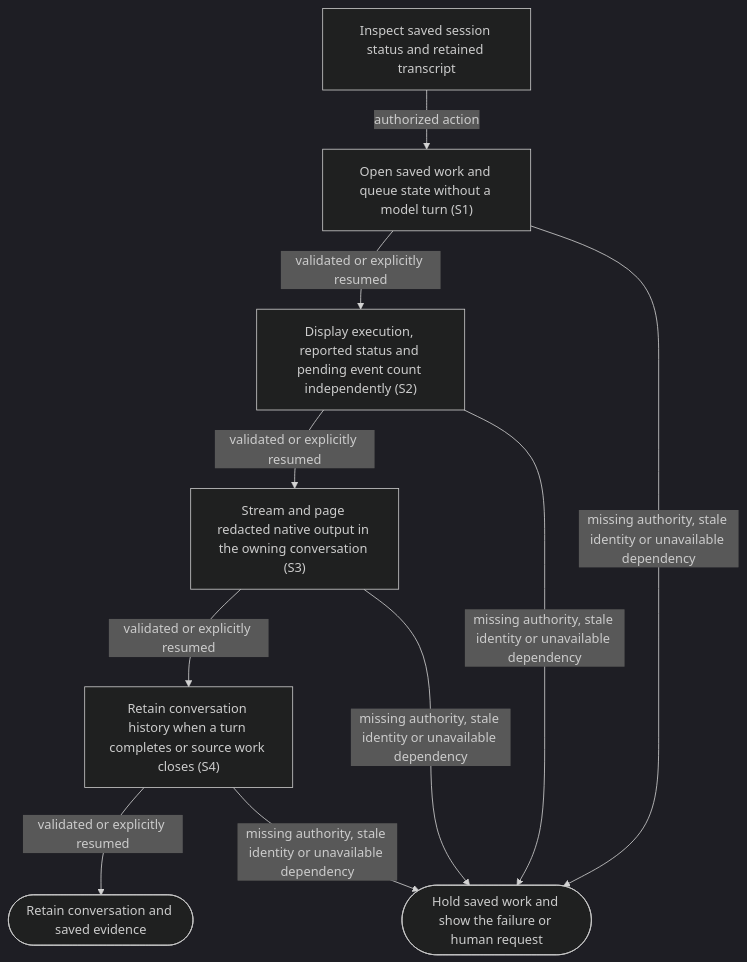
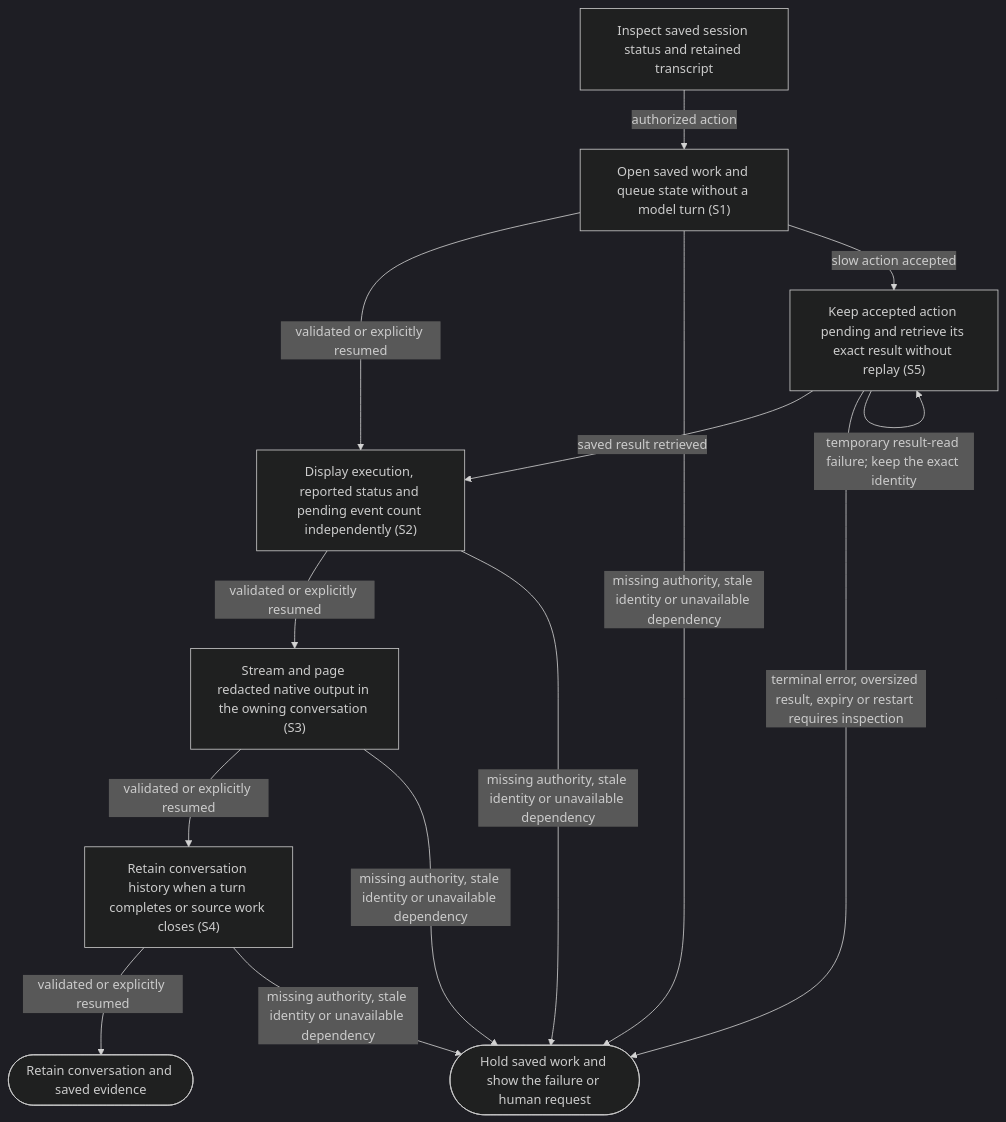
The diagram in docs/user-flows/view-live-work.md (dk-code-factory/code-factory-plugin), drawn with Mermaid (dark theme) before and after one commit. The commit also changed other lines of this file and 77 other files, not shown here.

````diff
--- a/docs/user-flows/view-live-work.md
+++ b/docs/user-flows/view-live-work.md
@@ -49,19 +59,24 @@
 ```mermaid
 flowchart TD
     N0["Inspect saved session status and retained transcript"]
     N1["Open saved work and queue state without a model turn #40;S1#41;"]
     N2["Display execution, reported status and pending event count independently #40;S2#41;"]
     N3["Stream and page redacted native output in the owning conversation #40;S3#41;"]
     N4["Retain conversation history when a turn completes or source work closes #40;S4#41;"]
     N5(["Hold saved work and show the failure or human request"])
     N6(["Retain conversation and saved evidence"])
+    N7["Keep accepted action pending and retrieve its exact result without replay #40;S5#41;"]
     N0 -->|"authorized action"| N1
     N1 -->|"validated or explicitly resumed"| N2
     N1 -->|"missing authority, stale identity or unavailable dependency"| N5
     N2 -->|"validated or explicitly resumed"| N3
     N2 -->|"missing authority, stale identity or unavailable dependency"| N5
     N3 -->|"validated or explicitly resumed"| N4
     N3 -->|"missing authority, stale identity or unavailable dependency"| N5
     N4 -->|"validated or explicitly resumed"| N6
     N4 -->|"missing authority, stale identity or unavailable dependency"| N5
+    N1 -->|"slow action accepted"| N7
+    N7 -->|"saved result retrieved"| N2
+    N7 -->|"terminal error, oversized result, expiry or restart requires inspection"| N5
+    N7 -->|"temporary result-read failure#59; keep the exact identity"| N7
 ```
````
